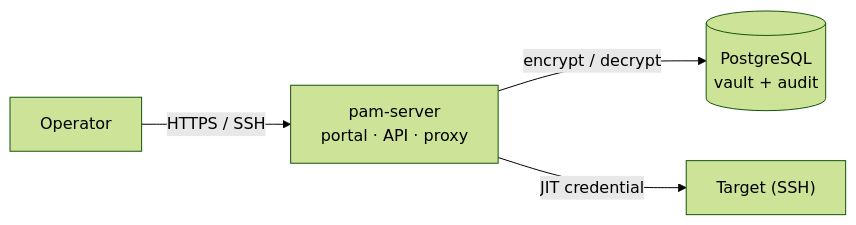
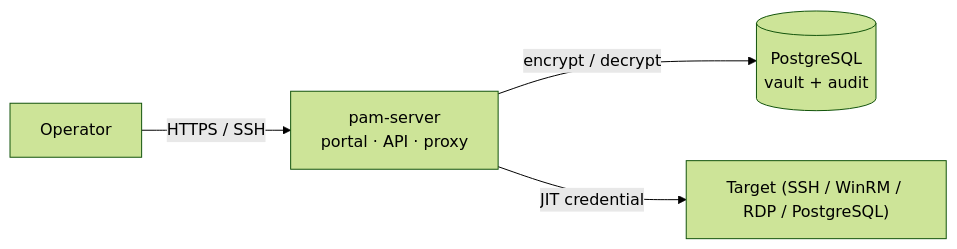
The diagram in docs/ADMIN-GUIDE.md (morandeirachema/PAMv1), drawn with Mermaid (forest theme) before and after one commit. The commit also changed other lines of this file and 15 other files, not shown here.

````diff
--- a/docs/ADMIN-GUIDE.md
+++ b/docs/ADMIN-GUIDE.md
@@ -40,6 +45,6 @@
 ```mermaid
 flowchart LR
     OP["Operator"] -->|"HTTPS / SSH"| PAM["pam-server<br/>portal · API · proxy"]
     PAM -->|"encrypt / decrypt"| DB[("PostgreSQL<br/>vault + audit")]
-    PAM -->|"JIT credential"| T["Target (SSH)"]
+    PAM -->|"JIT credential"| T["Target (SSH / WinRM / RDP / PostgreSQL)"]
 ```
````
